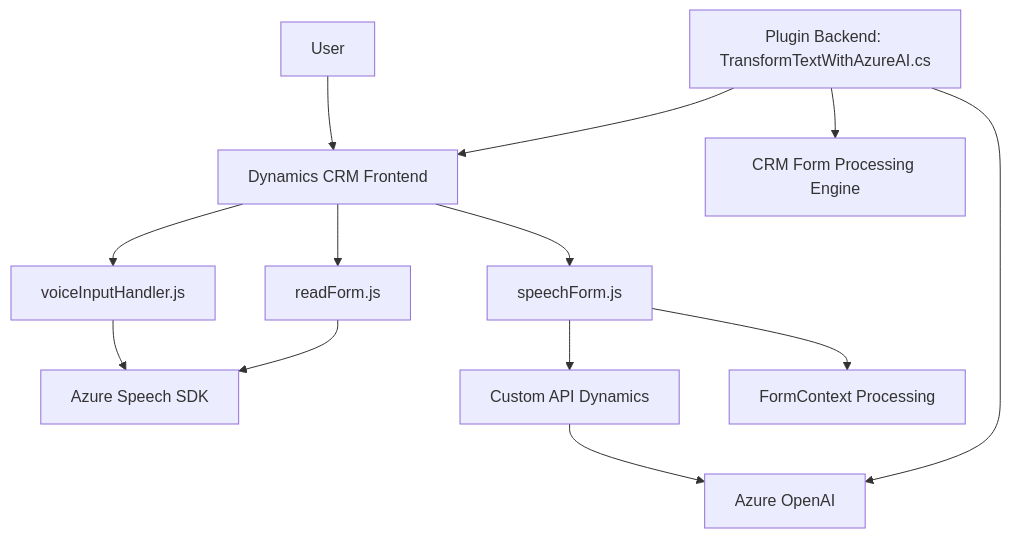
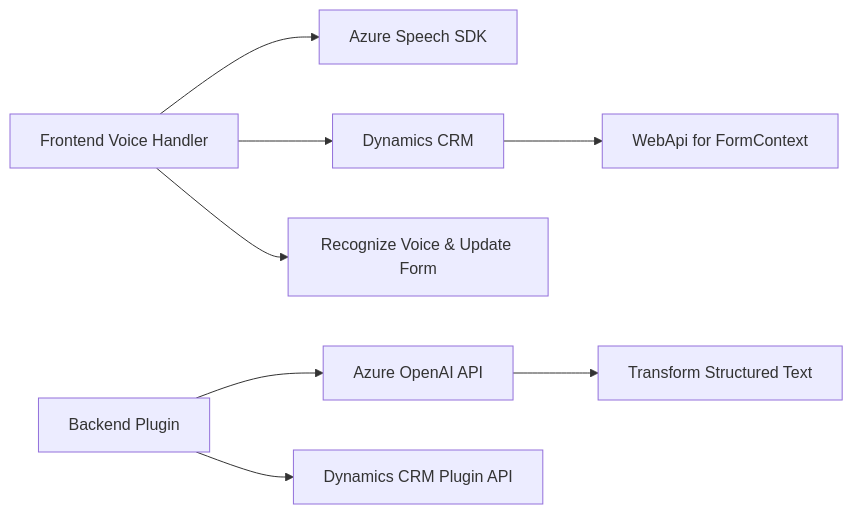
One commit to blopezdm/NETCORE_BILBAO2025 changed the diagram in README.md. Above: the diagram before and after it, drawn with Mermaid. The commit also changed other lines of this file, not shown here.

````diff
--- a/README.md
+++ b/README.md
@@ -38,16 +41,10 @@
 ```mermaid
-graph TD
-    A["User"] --> B["Dynamics CRM Frontend"]
-    B --> C["voiceInputHandler.js"]
-    C --> D["Azure Speech SDK"]
-    B --> E["speechForm.js"]
-    E --> F["Custom API Dynamics"]
-    F --> G["Azure OpenAI"]
-    E --> H["FormContext Processing"]
-    B --> I["readForm.js"]
-    I --> D
-    J["Plugin Backend: TransformTextWithAzureAI.cs"]
-    J --> G
-    J --> B
-    J --> K["CRM Form Processing Engine"]
+graph LR
+    A["Frontend Voice Handler"] --> B["Azure Speech SDK"]
+    A --> C["Dynamics CRM"]
+    C --> D["WebApi for FormContext"]
+    A --> E["Recognize Voice & Update Form"]
+    F["Backend Plugin"] --> G["Azure OpenAI API"]
+    G --> H["Transform Structured Text"]
+    F --> I["Dynamics CRM Plugin API"]
 ```
````
